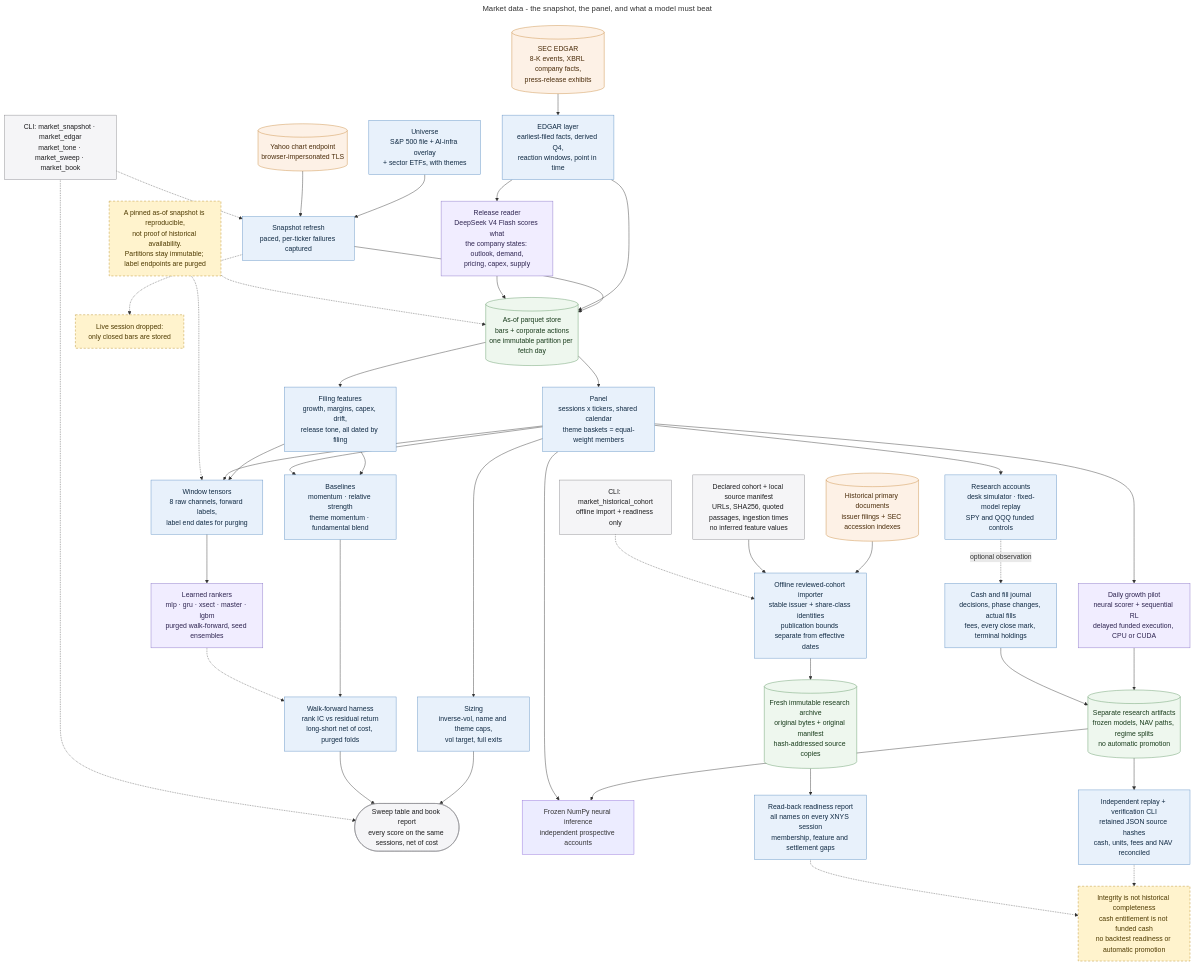
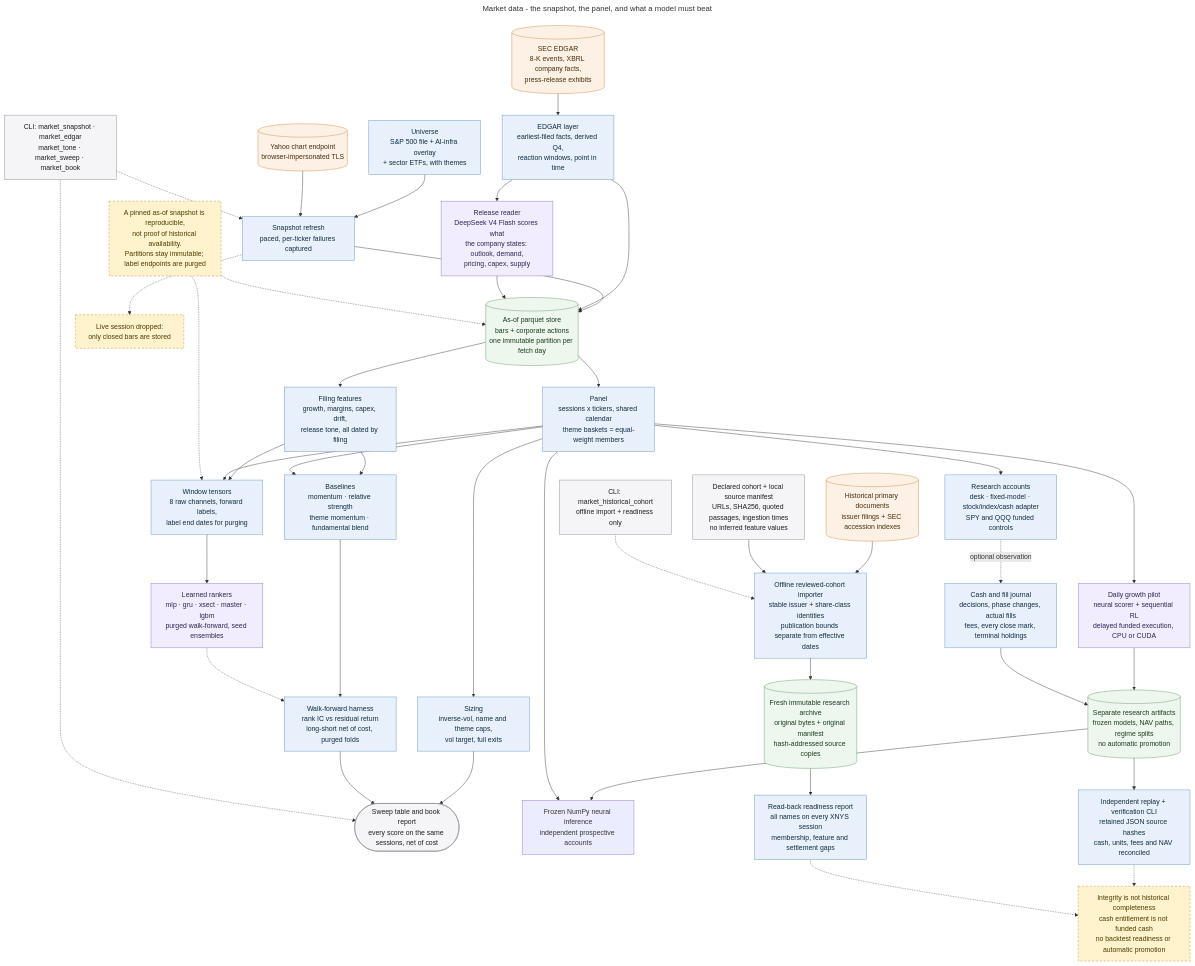
One commit to MallyaAni/PersonalAssistant changed the diagram in docs/diagrams/market-data.mmd. Above: the diagram before and after it, drawn with Mermaid. The commit also changed 14 other files, not shown here.

Commit message:
Add zero-safe research stock index and cash allocation replay

```diff
--- a/docs/diagrams/market-data.mmd
+++ b/docs/diagrams/market-data.mmd
@@ -1,63 +1,63 @@
 ---
 title: Market data - the snapshot, the panel, and what a model must beat
 ---
 flowchart TB
     Universe[Universe<br/>S&P 500 file + AI-infra overlay<br/>+ sector ETFs, with themes] --> Refresh[Snapshot refresh<br/>paced, per-ticker failures captured]
     Yahoo[(Yahoo chart endpoint<br/>browser-impersonated TLS)] --> Refresh
     Refresh --> Store[(As-of parquet store<br/>bars + corporate actions<br/>one immutable partition per fetch day)]
     Refresh -.-> Drop[Live session dropped:<br/>only closed bars are stored]
 
     Edgar[(SEC EDGAR<br/>8-K events, XBRL company facts,<br/>press-release exhibits)] --> Filings[EDGAR layer<br/>earliest-filed facts, derived Q4,<br/>reaction windows, point in time]
     Filings --> Store
     Filings --> Reader[Release reader<br/>DeepSeek V4 Flash scores what<br/>the company states: outlook, demand,<br/>pricing, capex, supply]
     Reader --> Store
     Store --> Panel[Panel<br/>sessions x tickers, shared calendar<br/>theme baskets = equal-weight members]
     Store --> Extras[Filing features<br/>growth, margins, capex, drift,<br/>release tone, all dated by filing]
     Extras --> Baselines
     Extras --> Windows
     Panel --> Book[Sizing<br/>inverse-vol, name and theme caps,<br/>vol target, full exits]
     Book --> Report
     Panel --> Baselines[Baselines<br/>momentum · relative strength<br/>theme momentum · fundamental blend]
     Panel --> Windows[Window tensors<br/>8 raw channels, forward labels,<br/>label end dates for purging]
     Baselines --> Harness[Walk-forward harness<br/>rank IC vs residual return<br/>long-short net of cost, purged folds]
     Windows --> Model[Learned rankers<br/>mlp · gru · xsect · master · lgbm<br/>purged walk-forward, seed ensembles]
     Model -.-> Harness
     Harness --> Report([Sweep table and book report<br/>every score on the same sessions, net of cost])
     Panel --> Pilot[Daily growth pilot<br/>neural scorer + sequential RL<br/>delayed funded execution, CPU or CUDA]
     Pilot --> Research[(Separate research artifacts<br/>frozen models, NAV paths, regime splits<br/>no automatic promotion)]
     Research --> Forward[Frozen NumPy neural inference<br/>independent prospective accounts]
     Panel --> Forward
 
-    Panel --> Accounts[Research accounts<br/>desk simulator · fixed-model replay<br/>SPY and QQQ funded controls]
+    Panel --> Accounts[Research accounts<br/>desk · fixed-model · stock/index/cash adapter<br/>SPY and QQQ funded controls]
     Accounts -. optional observation .-> Journal[Cash and fill journal<br/>decisions, phase changes, actual fills<br/>fees, every close mark, terminal holdings]
     Journal --> Research
     Research --> Audit[Independent replay + verification CLI<br/>retained JSON source hashes<br/>cash, units, fees and NAV reconciled]
     Audit -.-> Limits
 
     Primary[(Historical primary documents<br/>issuer filings + SEC accession indexes)] --> Cohort[Offline reviewed-cohort importer<br/>stable issuer + share-class identities<br/>publication bounds separate from effective dates]
     Manifest[Declared cohort + local source manifest<br/>URLs, SHA256, quoted passages, ingestion times<br/>no inferred feature values] --> Cohort
     Cohort --> Evidence[(Fresh immutable research archive<br/>original bytes + original manifest<br/>hash-addressed source copies)]
     Evidence --> Readiness[Read-back readiness report<br/>all names on every XNYS session<br/>membership, feature and settlement gaps]
     Readiness -.-> Limits[Integrity is not historical completeness<br/>cash entitlement is not funded cash<br/>no backtest readiness or automatic promotion]
     CohortCLI[CLI: market_historical_cohort<br/>offline import + readiness only] -.-> Cohort
 
     CLI[CLI: market_snapshot · market_edgar<br/>market_tone · market_sweep · market_book] -.-> Refresh
     CLI -.-> Report
 
     Rule[A pinned as-of snapshot is reproducible,<br/>not proof of historical availability.<br/>Partitions stay immutable; label endpoints are purged]
     Rule -.-> Store
     Rule -.-> Windows
 
     classDef interface fill:#f5f5f7,stroke:#86868b,color:#1d1d1f;
     classDef application fill:#e8f1fb,stroke:#5e8fc4,color:#102a43;
     classDef data fill:#eef7ee,stroke:#5f9562,color:#183b1b;
     classDef external fill:#fdf1e6,stroke:#c98a3d,color:#4a2c0a;
     classDef model fill:#f1edff,stroke:#8872c6,color:#2e2450;
     classDef warning fill:#fff3cd,stroke:#b78b20,color:#4d3900,stroke-dasharray:5 4;
     class CLI,Report,CohortCLI,Manifest interface;
     class Universe,Refresh,Filings,Panel,Baselines,Windows,Harness,Extras,Book,Cohort,Readiness,Accounts,Journal,Audit application;
     class Store,Evidence data;
     class Yahoo,Edgar,Primary external;
     class Model,Reader,Pilot model;
     class Research data;
     class Rule,Drop,Limits warning;
```
